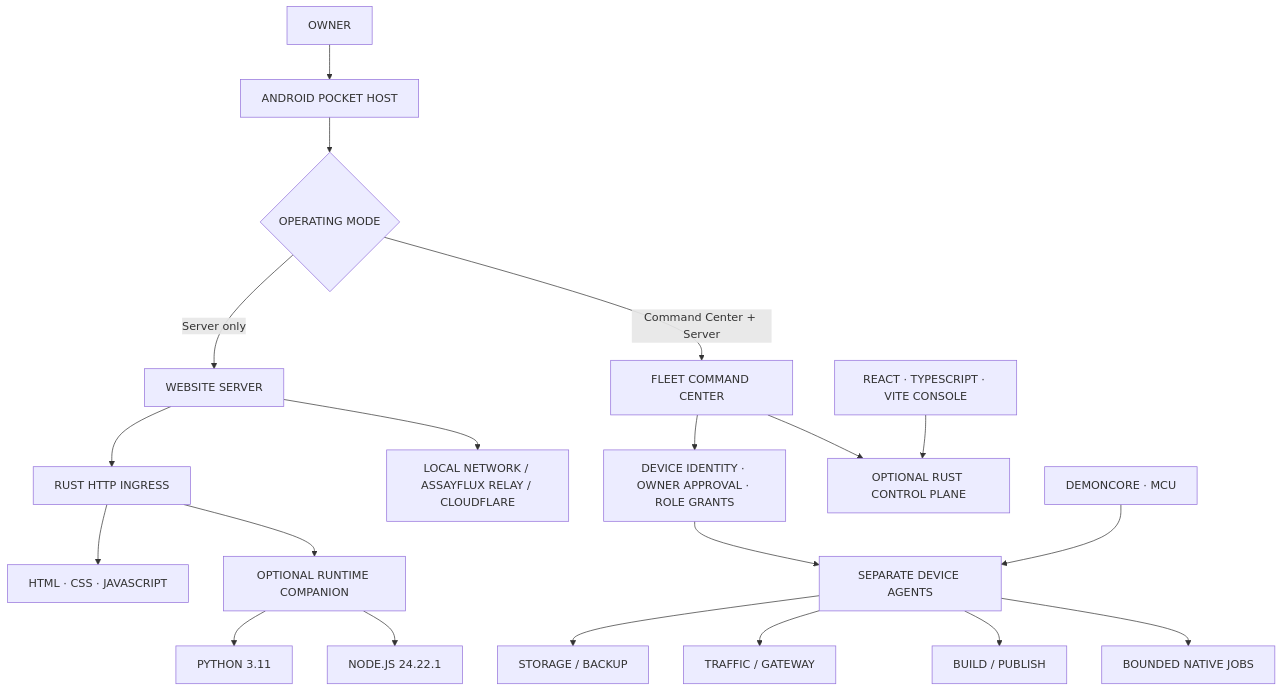
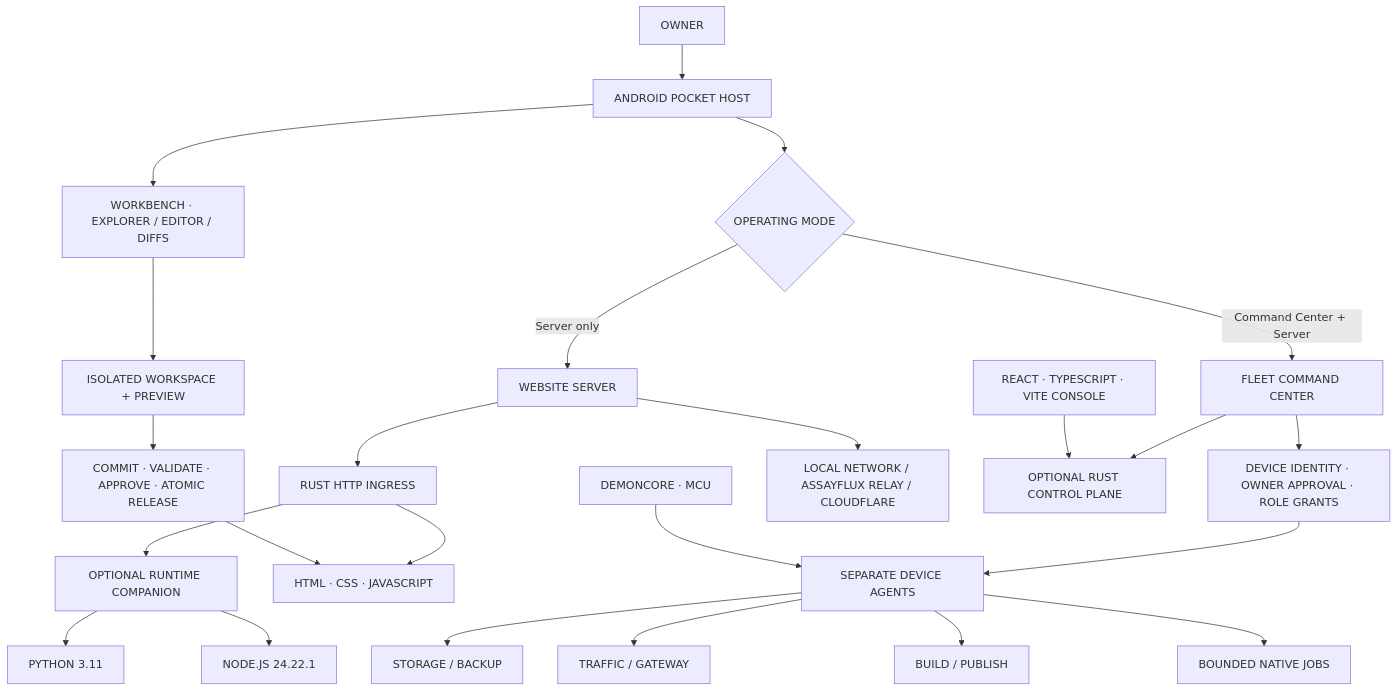
The diagram in README.md (AssayFlux/PocketHost), drawn with Mermaid before and after one commit. The commit also changed other lines of this file, not shown here.

Commit message:
docs: integrate Workbench into Step 4 plan and architecture

```diff
--- a/README.md
+++ b/README.md
@@ -128,22 +134,26 @@
 ~~~mermaid
 flowchart TB
     OWNER["OWNER"] --> MOBILE["ANDROID POCKET HOST"]
     MOBILE --> MODE{"OPERATING MODE"}
     MODE -->|"Server only"| SERVER["WEBSITE SERVER"]
     MODE -->|"Command Center + Server"| COMMAND["FLEET COMMAND CENTER"]
     COMMAND --> TRUST["DEVICE IDENTITY · OWNER APPROVAL · ROLE GRANTS"]
     TRUST --> AGENTS["SEPARATE DEVICE AGENTS"]
     AGENTS --> STORAGE["STORAGE / BACKUP"]
     AGENTS --> TRAFFIC["TRAFFIC / GATEWAY"]
     AGENTS --> BUILD["BUILD / PUBLISH"]
     AGENTS --> JOBS["BOUNDED NATIVE JOBS"]
     SERVER --> RUST["RUST HTTP INGRESS"]
     RUST --> STATIC["HTML · CSS · JAVASCRIPT"]
+    MOBILE --> WB["WORKBENCH · EXPLORER / EDITOR / DIFFS"]
+    WB --> WS["ISOLATED WORKSPACE + PREVIEW"]
+    WS --> RELEASE["COMMIT · VALIDATE · APPROVE · ATOMIC RELEASE"]
+    RELEASE --> STATIC
     RUST --> COMPANION["OPTIONAL RUNTIME COMPANION"]
     COMPANION --> PY["PYTHON 3.11"]
     COMPANION --> NODE["NODE.JS 24.22.1"]
     SERVER --> INGRESS["LOCAL NETWORK / ASSAYFLUX RELAY / CLOUDFLARE"]
     COMMAND --> CONTROL["OPTIONAL RUST CONTROL PLANE"]
     CONSOLE["REACT · TYPESCRIPT · VITE CONSOLE"] --> CONTROL
     EDGE["DEMONCORE · MCU"] --> AGENTS
 ~~~
```
